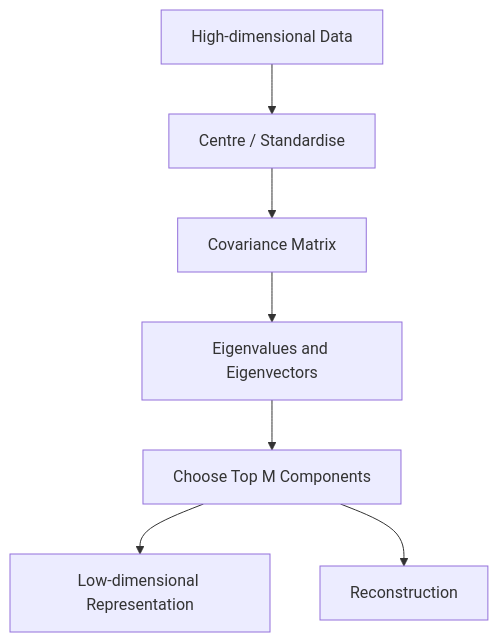
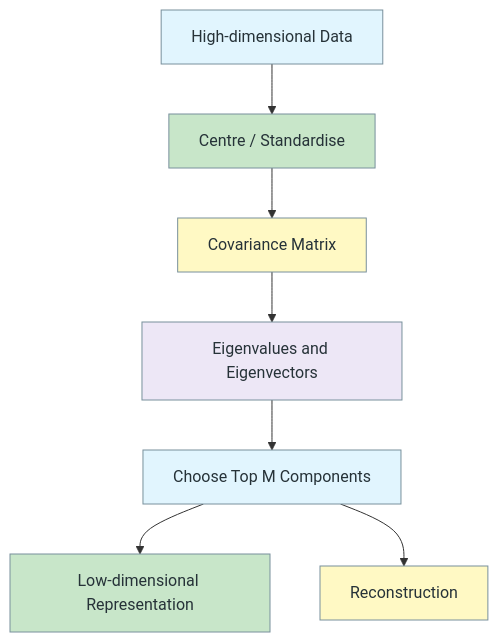
One commit to arshadhs/arshadhs.github.io changed the first of 2 diagrams in content/docs/ai/maths/010-linear-algebra/07-dimensionality-reduction/_index.md. Above: the diagram before and after it, drawn with Mermaid. The commit also changed other lines of this file and 3 other files, not shown here.

```diff
--- a/content/docs/ai/maths/010-linear-algebra/07-dimensionality-reduction/_index.md
+++ b/content/docs/ai/maths/010-linear-algebra/07-dimensionality-reduction/_index.md
@@ -29,9 +29,16 @@
 {{< mermaid >}}
 flowchart TD
     A[High-dimensional Data] --> B[Centre / Standardise]
     B --> C[Covariance Matrix]
     C --> D[Eigenvalues and Eigenvectors]
     D --> E[Choose Top M Components]
     E --> F[Low-dimensional Representation]
     E --> G[Reconstruction]
+    style A fill:#E1F5FE,stroke:#78909C,stroke-width:1px,color:#263238
+    style B fill:#C8E6C9,stroke:#78909C,stroke-width:1px,color:#263238
+    style C fill:#FFF9C4,stroke:#78909C,stroke-width:1px,color:#263238
+    style D fill:#EDE7F6,stroke:#78909C,stroke-width:1px,color:#263238
+    style E fill:#E1F5FE,stroke:#78909C,stroke-width:1px,color:#263238
+    style F fill:#C8E6C9,stroke:#78909C,stroke-width:1px,color:#263238
+    style G fill:#FFF9C4,stroke:#78909C,stroke-width:1px,color:#263238
 {{< /mermaid >}}
```
